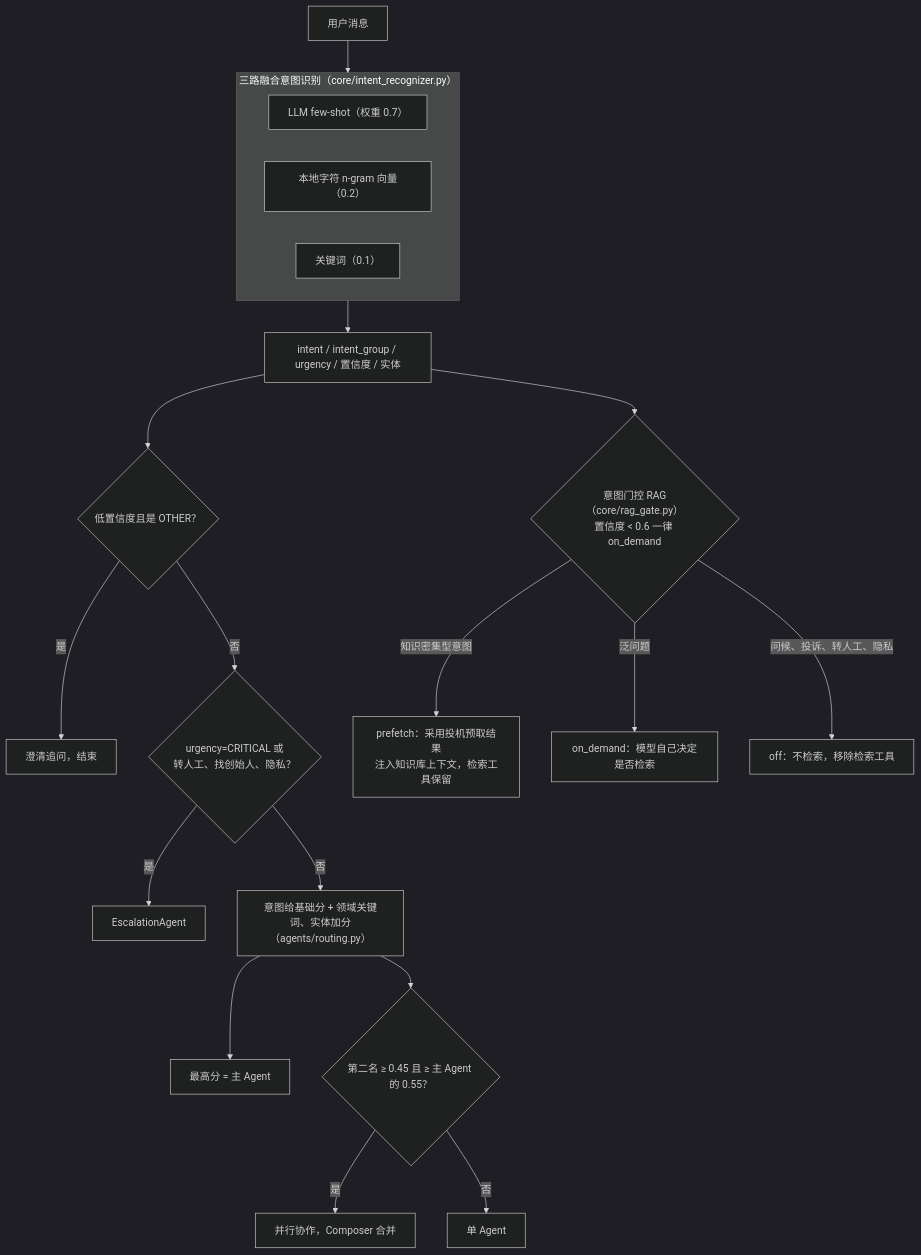
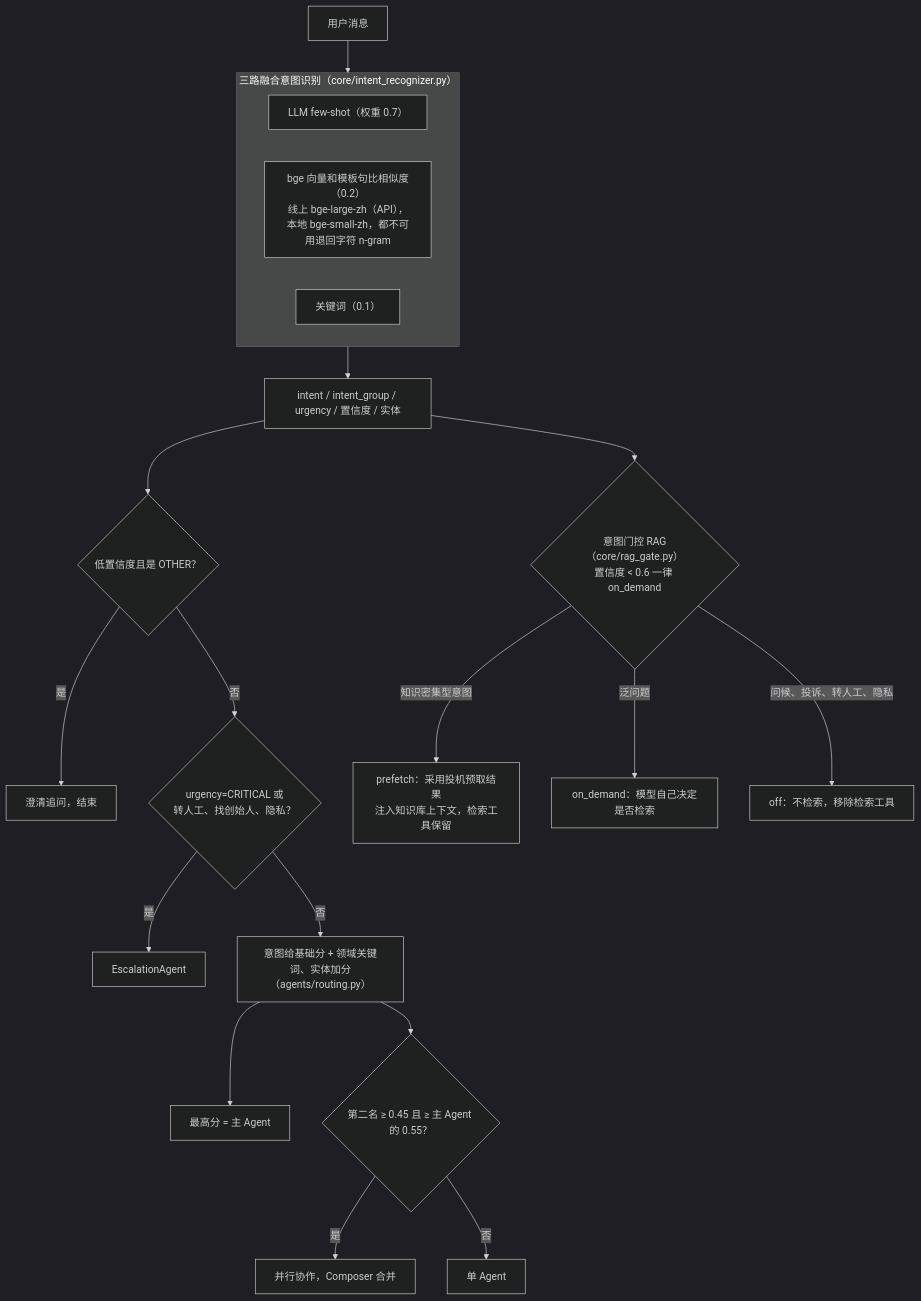
Before and after one commit to 44sunsetsf/GoEuroOps: the fifth of 16 diagrams in docs/ARCHITECTURE.md, drawn with Mermaid (dark theme). The commit also changed other lines of this file and 27 other files, not shown here.

First line of the commit message:
意图识别：缓存修 bug、提示词加边界规则、调试集/留出集、误转人工指标、线上配置重测

````diff
--- a/docs/ARCHITECTURE.md
+++ b/docs/ARCHITECTURE.md
@@ -223,26 +223,26 @@
 ```mermaid
 flowchart TD
     msg[用户消息] --> fuse
 
     subgraph fuse["三路融合意图识别（core/intent_recognizer.py）"]
         llm["LLM few-shot（权重 0.7）"]
-        vec["本地字符 n-gram 向量（0.2）"]
+        vec["bge 向量和模板句比相似度（0.2）<br/>线上 bge-large-zh（API），本地 bge-small-zh，都不可用退回字符 n-gram"]
         kw["关键词（0.1）"]
     end
     fuse --> res["intent / intent_group / urgency / 置信度 / 实体"]
 
     res --> q1{"低置信度且是 OTHER？"}
     q1 -->|是| clar[澄清追问，结束]
     q1 -->|否| q2{"urgency=CRITICAL 或<br/>转人工、找创始人、隐私？"}
     q2 -->|是| esc[EscalationAgent]
     q2 -->|否| score["意图给基础分 + 领域关键词、实体加分<br/>（agents/routing.py）"]
     score --> primary[最高分 = 主 Agent]
     score --> collab{"第二名 ≥ 0.45 且 ≥ 主 Agent 的 0.55？"}
     collab -->|是| par[并行协作，Composer 合并]
     collab -->|否| single[单 Agent]
 
     res --> gate{"意图门控 RAG（core/rag_gate.py）<br/>置信度 < 0.6 一律 on_demand"}
     gate -->|知识密集型意图| pre["prefetch：采用投机预取结果<br/>注入知识库上下文，检索工具保留"]
     gate -->|泛问题| od["on_demand：模型自己决定是否检索"]
     gate -->|问候、投诉、转人工、隐私| off["off：不检索，移除检索工具"]
 ```
````
